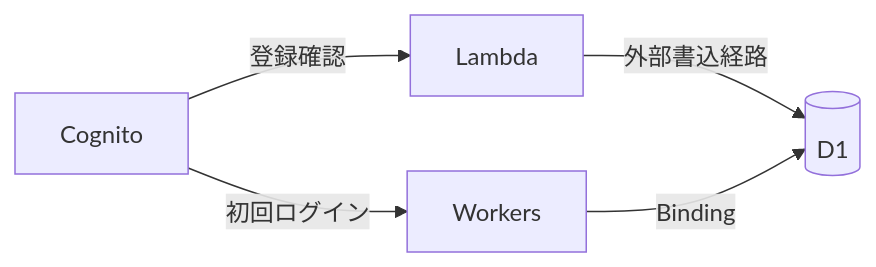
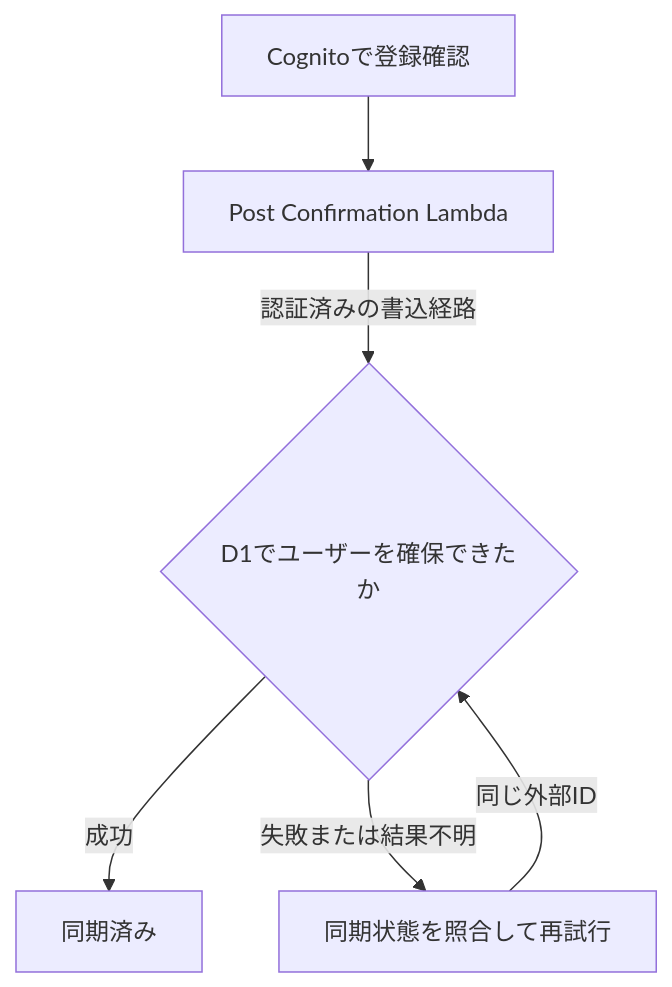
Before and after one commit to kurosiko/trail: the diagram in src/content/posts/Cloudflare/cognito-user-sync-and-rust-lambda.md, drawn with Mermaid. The commit also changed other lines of this file and 67 other files, not shown here.

````diff
--- a/src/content/posts/Cloudflare/cognito-user-sync-and-rust-lambda.md
+++ b/src/content/posts/Cloudflare/cognito-user-sync-and-rust-lambda.md
@@ -46,7 +50,9 @@
 ```mermaid
-flowchart LR
-  C[Cognito] -->|登録確認| L[Lambda]
-  L -->|外部書込経路| D[(D1)]
-  C -->|初回ログイン| W[Workers]
-  W -->|Binding| D
+flowchart TD
+  accTitle: 登録確認後のD1同期と復旧
+  C[Cognitoで登録確認] --> L[Post Confirmation Lambda]
+  L -->|認証済みの書込経路| D{D1でユーザーを確保できたか}
+  D -->|成功| S[同期済み]
+  D -->|失敗または結果不明| R[同期状態を照合して再試行]
+  R -->|同じ外部ID| D
 ```
````
